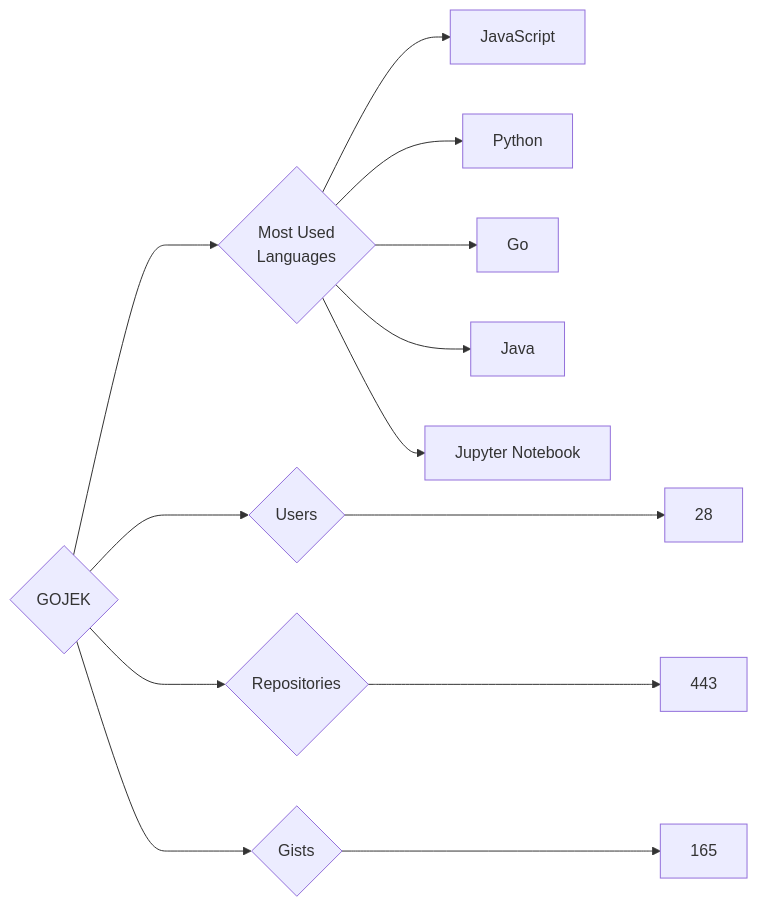
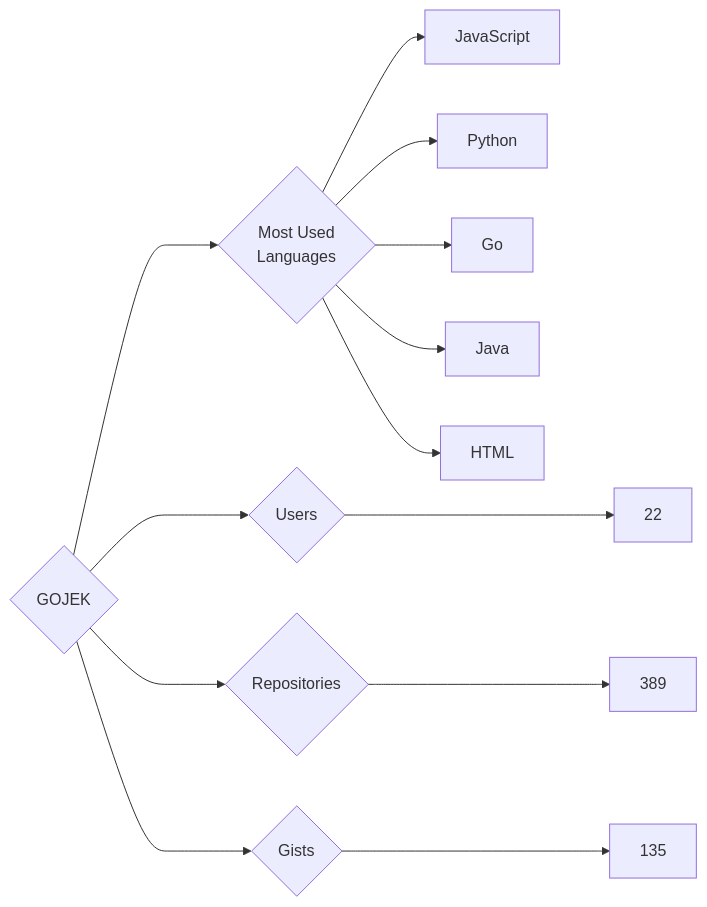
The diagram in targets/GOJEK/README.md (trickest/insiders), drawn with Mermaid before and after one commit. The commit also changed 1314 other files, not shown here.

````diff
--- a/targets/GOJEK/README.md
+++ b/targets/GOJEK/README.md
@@ -3,13 +3,13 @@
 ```mermaid
 graph LR
 COMPANY_NAME{GOJEK}
-COMPANY_NAME ---> U{Users} ---> UN[28]
-COMPANY_NAME ---> R{Repositories} ---> RN[443]
-COMPANY_NAME ---> G{Gists} ---> GN[165]
+COMPANY_NAME ---> U{Users} ---> UN[22]
+COMPANY_NAME ---> R{Repositories} ---> RN[389]
+COMPANY_NAME ---> G{Gists} ---> GN[135]
 COMPANY_NAME ---> ML{Most Used<br>Languages}
 ML --> JavaScript[JavaScript]
 ML --> Python[Python]
 ML --> Go[Go]
 ML --> Java[Java]
-ML --> Jupyter_Notebook[Jupyter Notebook]
+ML --> HTML[HTML]
 ```
````
